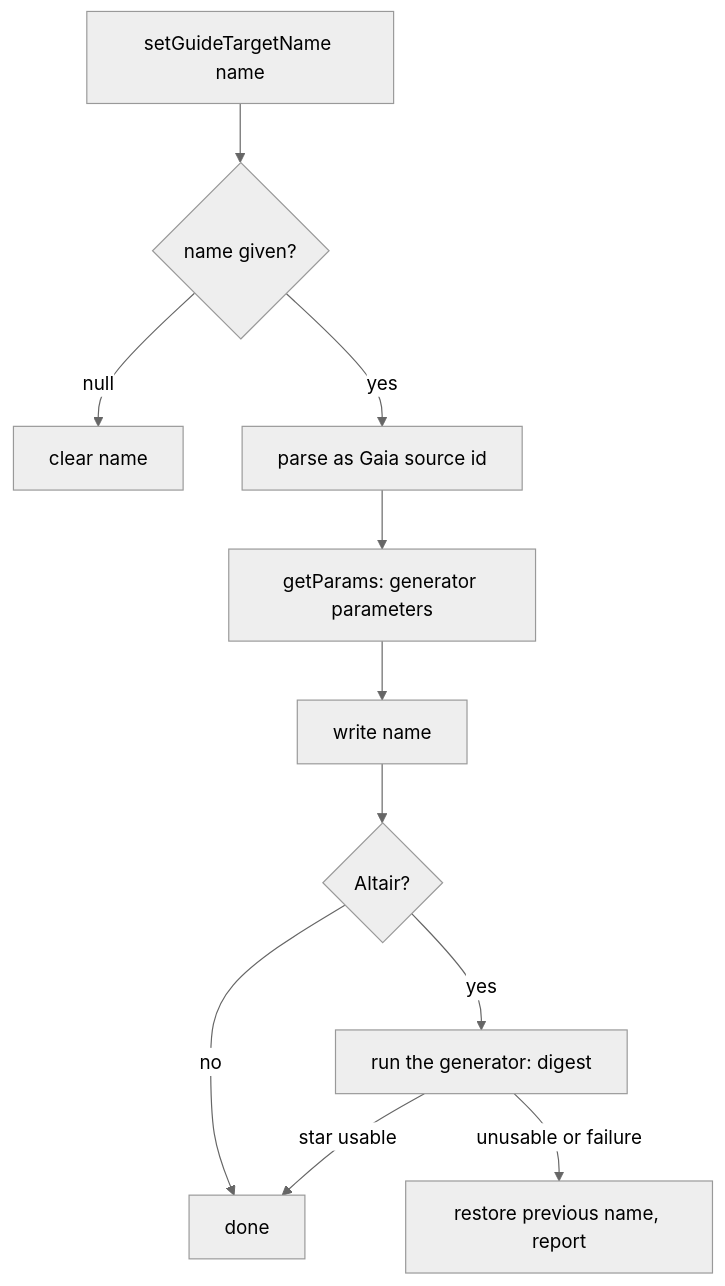
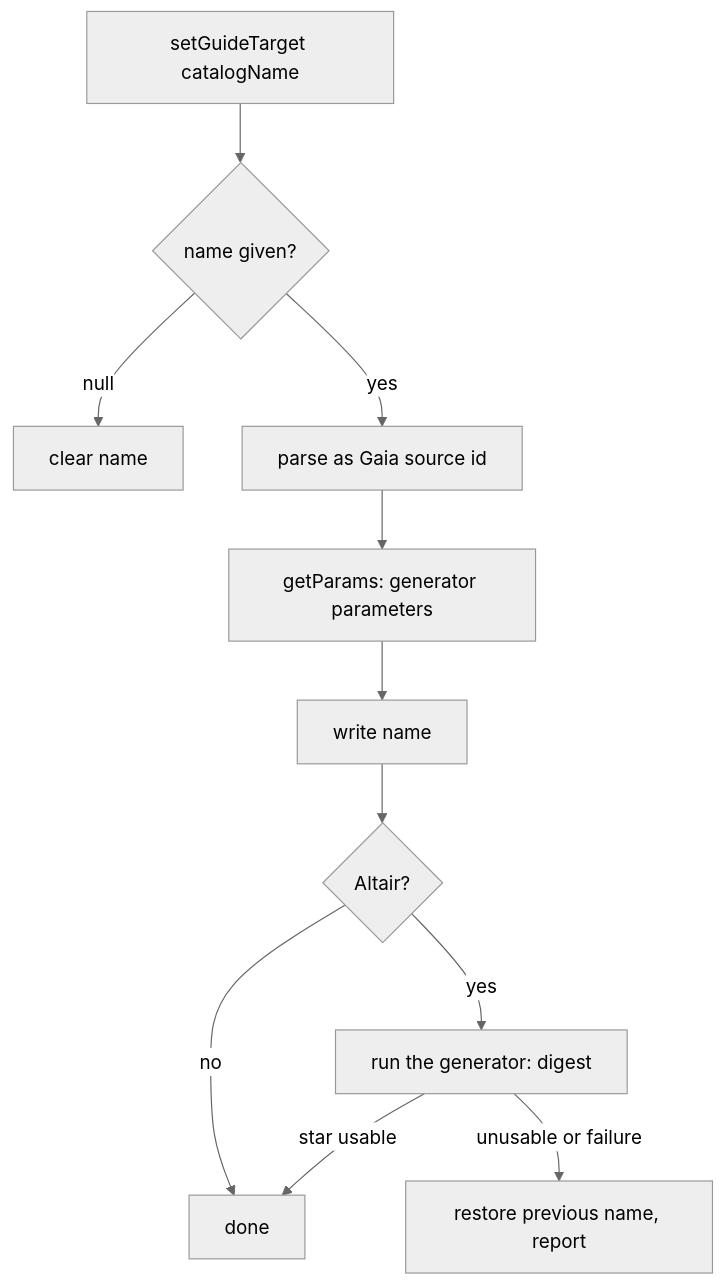
The second of 4 diagrams in modules/service/docs/guide-star-flow.md (gemini-hlsw/lucuma-odb), drawn with Mermaid (neutral theme) before and after one commit. The commit also changed other lines of this file and 22 other files, not shown here.

````diff
--- a/modules/service/docs/guide-star-flow.md
+++ b/modules/service/docs/guide-star-flow.md
@@ -63,13 +63,13 @@
 ```mermaid
 flowchart TD
-    A[setGuideTargetName name] --> B{name given?}
+    A[setGuideTarget catalogName] --> B{name given?}
     B -- null --> C[clear name]
     B -- yes --> D[parse as Gaia source id]
     D --> E[getParams: generator parameters]
     E --> G[write name]
     G --> H{Altair?}
     H -- no --> I[done]
     H -- yes --> J[run the generator: digest]
     J -- star usable --> I
     J -- unusable or failure --> K[restore previous name, report]
 ```
````
